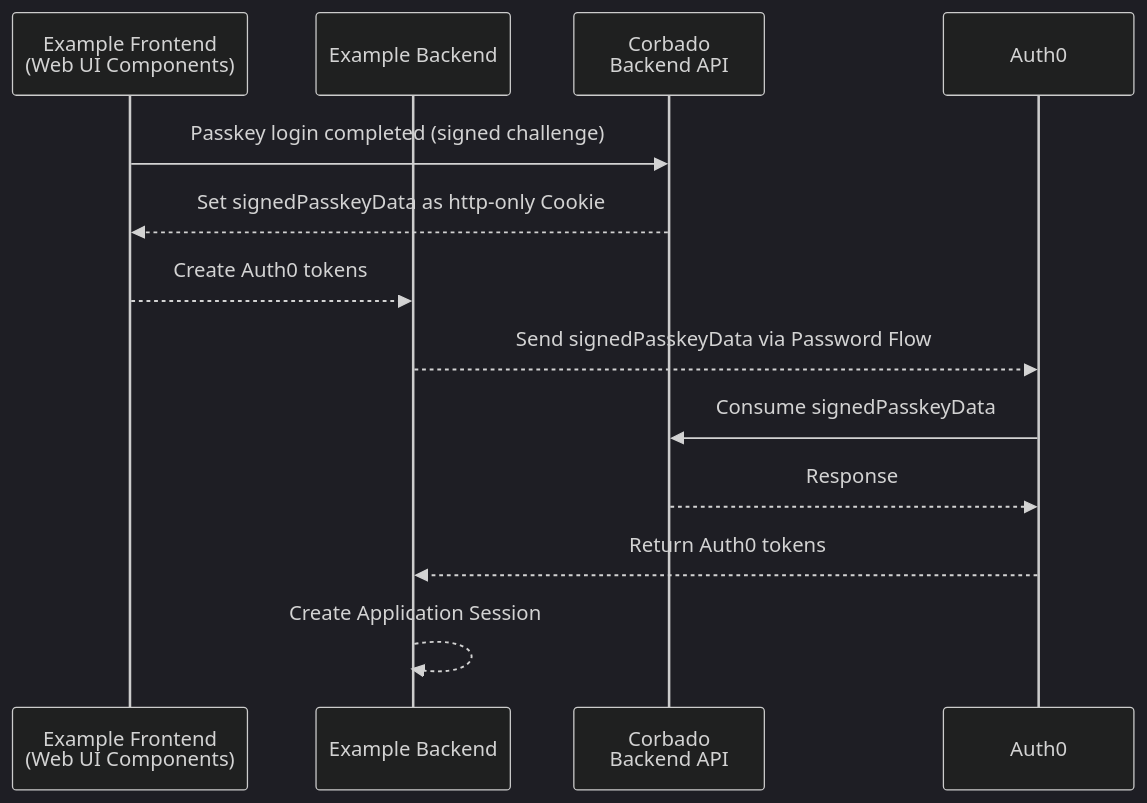
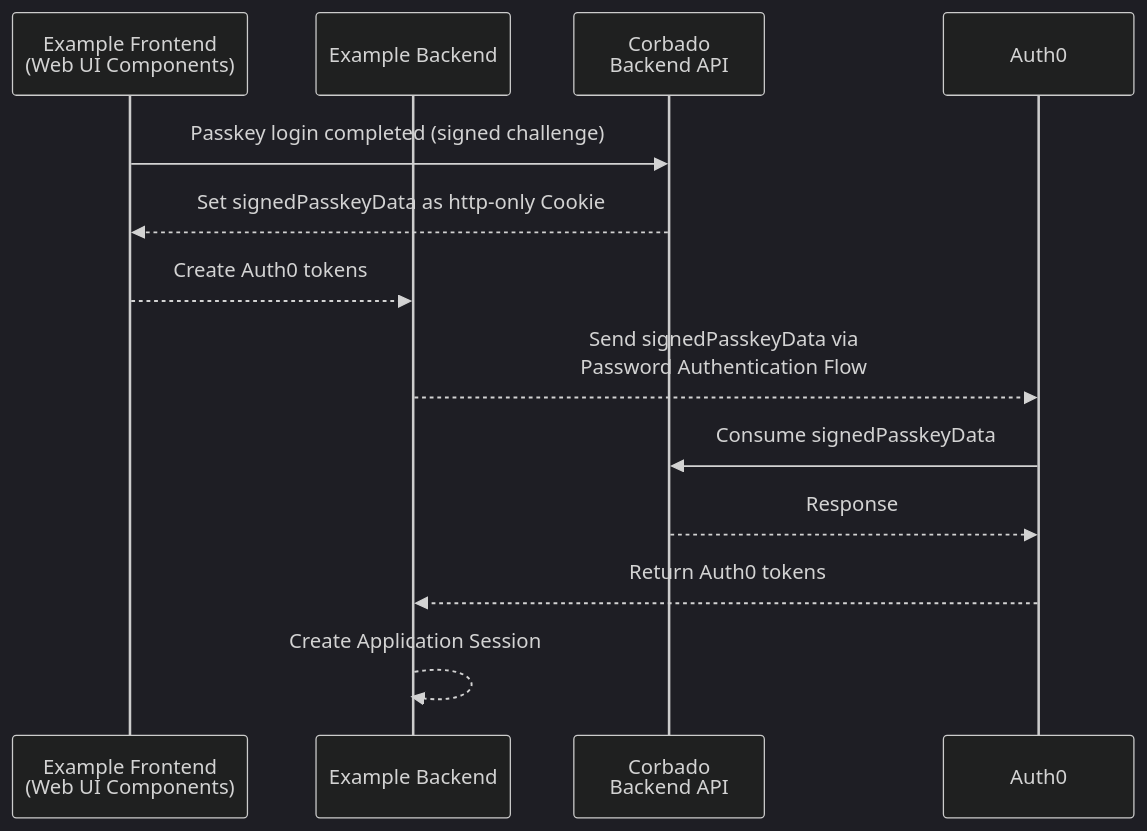
Before and after one commit to corbadotech/docs: the second of 3 diagrams in corbado-connect/integration/auth0.mdx, drawn with Mermaid (dark theme). The commit also changed other lines of this file and 1 other file, not shown here.

Commit message:
Finished passkey login

````diff
--- a/corbado-connect/integration/auth0.mdx
+++ b/corbado-connect/integration/auth0.mdx
@@ -233,16 +233,16 @@
 ```mermaid
 sequenceDiagram
     participant ExampleFrontend as Example Frontend <br> (Web UI Components)
     participant ExampleBackend as Example Backend
     participant BAPI as Corbado<br />Backend API
     participant Auth0 as Auth0
 
     ExampleFrontend->>BAPI: Passkey login completed (signed challenge)
     BAPI-->>ExampleFrontend: Set signedPasskeyData as http-only Cookie
     ExampleFrontend-->>ExampleBackend: Create Auth0 tokens
-    ExampleBackend-->>Auth0: Send signedPasskeyData via Password Flow
+    ExampleBackend-->>Auth0: Send signedPasskeyData via<br />Password Authentication Flow
     Auth0->>BAPI: Consume signedPasskeyData
     BAPI-->>Auth0: Response
     Auth0-->>ExampleBackend: Return Auth0 tokens
     ExampleBackend-->>ExampleBackend: Create Application Session
 ```
````
